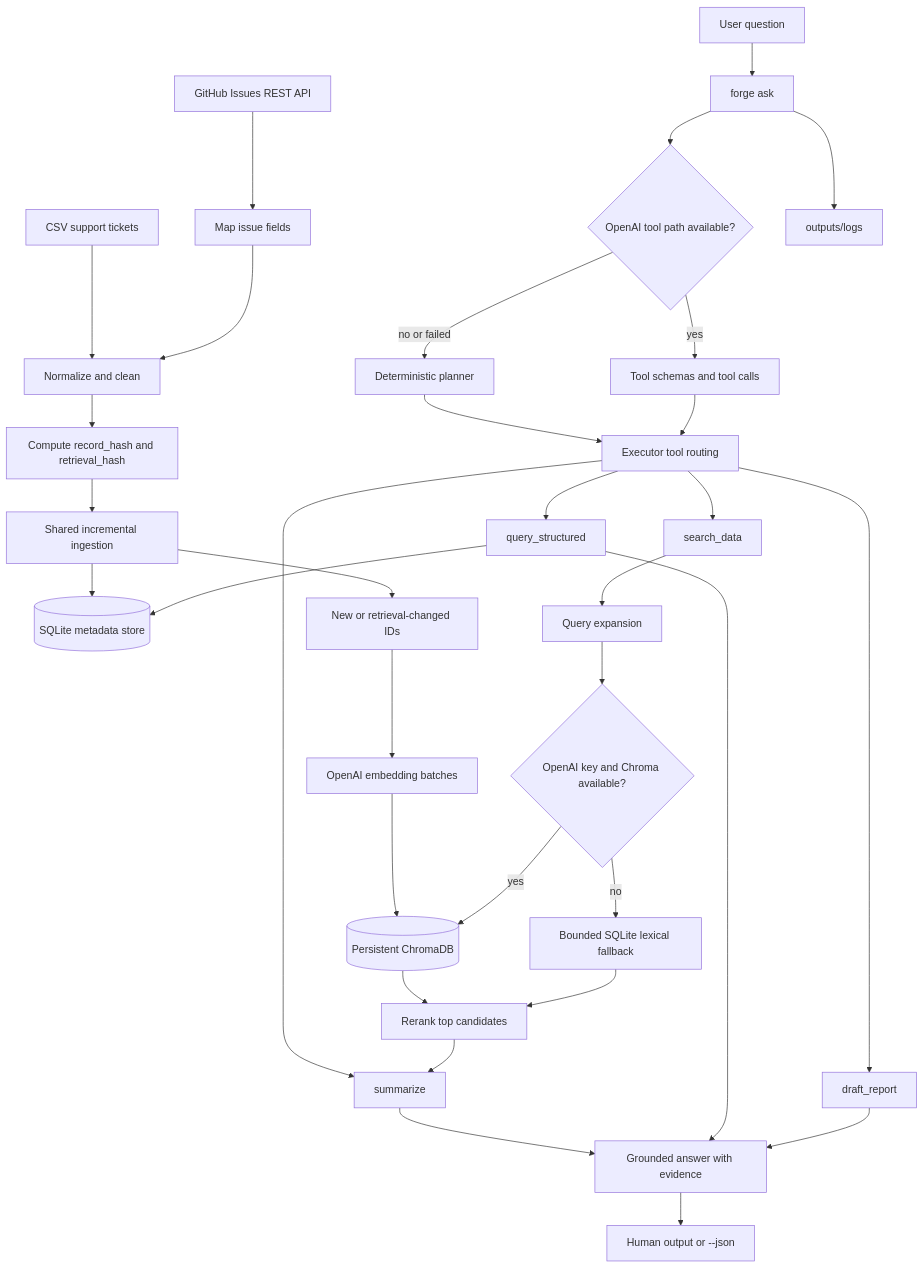
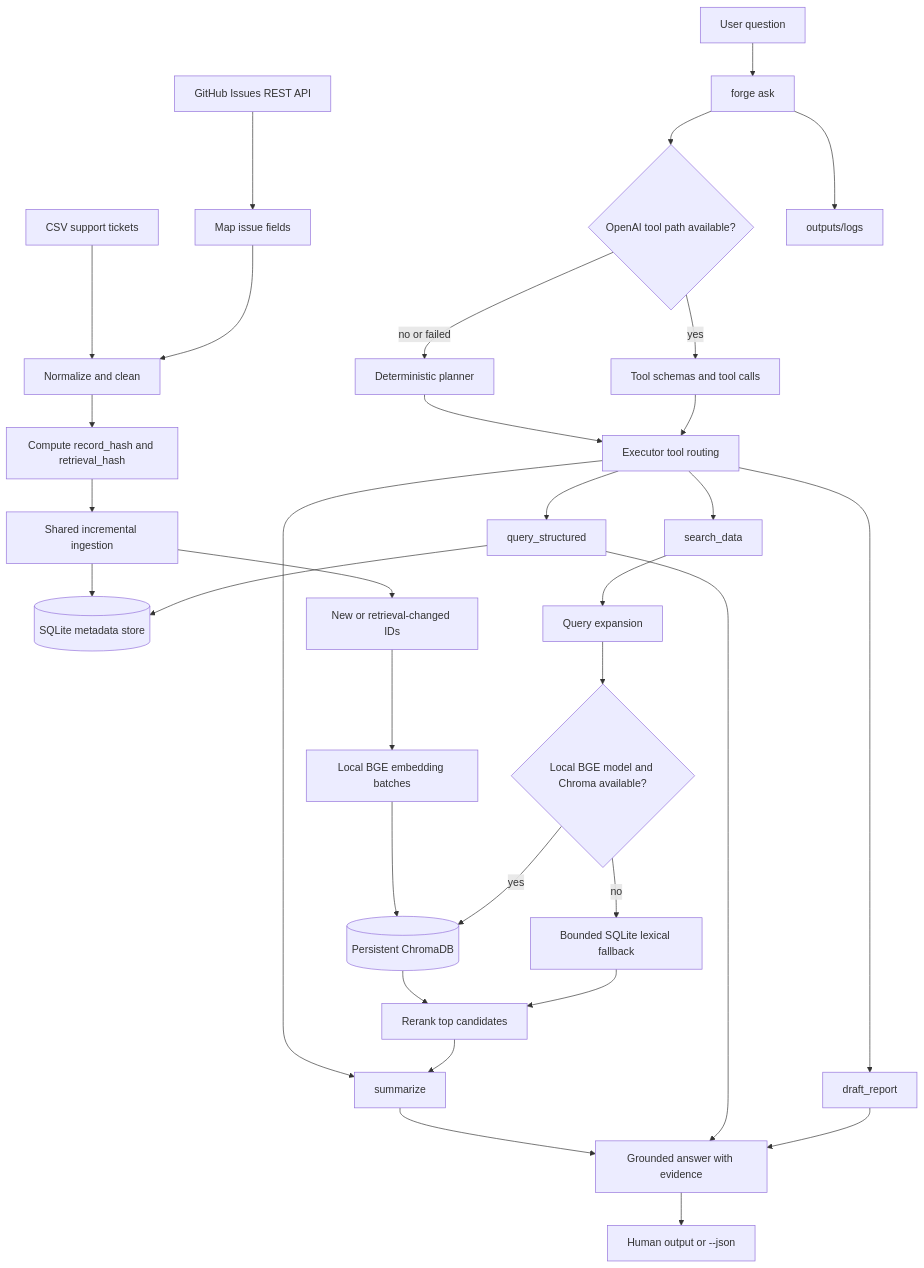
The diagram in README.md (JustXutkarsh/forge-Ai), drawn with Mermaid before and after one commit. The commit also changed other lines of this file and 55 other files, not shown here.

````diff
--- a/README.md
+++ b/README.md
@@ -220,36 +220,36 @@
 ```mermaid
 flowchart TD
     CSV[CSV support tickets] --> NORMALIZE[Normalize and clean]
     GH[GitHub Issues REST API] --> MAP[Map issue fields]
     MAP --> NORMALIZE
     NORMALIZE --> HASH[Compute record_hash and retrieval_hash]
     HASH --> INGEST[Shared incremental ingestion]
     INGEST --> SQLITE[(SQLite metadata store)]
     INGEST --> CANDIDATES[New or retrieval-changed IDs]
-    CANDIDATES --> EMBED[OpenAI embedding batches]
+    CANDIDATES --> EMBED[Local BGE embedding batches]
     EMBED --> CHROMA[(Persistent ChromaDB)]
 
     QUESTION[User question] --> ASK[forge ask]
     ASK --> ORCHESTRATE{OpenAI tool path available?}
     ORCHESTRATE -->|yes| TOOLS[Tool schemas and tool calls]
     ORCHESTRATE -->|no or failed| PLAN[Deterministic planner]
     PLAN --> ROUTER[Executor tool routing]
     TOOLS --> ROUTER
     ROUTER --> SQL[query_structured]
     ROUTER --> SEARCH[search_data]
     ROUTER --> SUMMARY[summarize]
     ROUTER --> REPORT[draft_report]
     SQL --> SQLITE
     SEARCH --> EXPAND[Query expansion]
-    EXPAND --> VECTOR{OpenAI key and Chroma available?}
+    EXPAND --> VECTOR{Local BGE model and Chroma available?}
     VECTOR -->|yes| CHROMA
     VECTOR -->|no| LEXICAL[Bounded SQLite lexical fallback]
     CHROMA --> RERANK[Rerank top candidates]
     LEXICAL --> RERANK
     RERANK --> SUMMARY
     SUMMARY --> ANSWER[Grounded answer with evidence]
     SQL --> ANSWER
     REPORT --> ANSWER
     ANSWER --> CLI[Human output or --json]
     ASK --> LOGS[outputs/logs]
 ```
````
